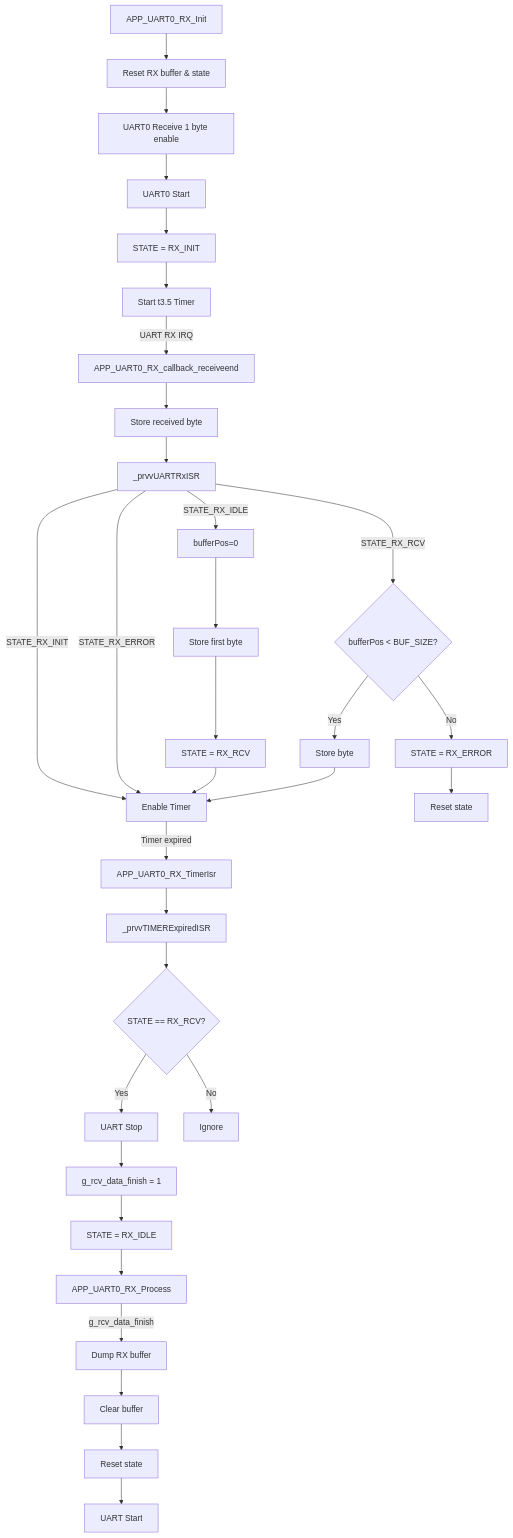
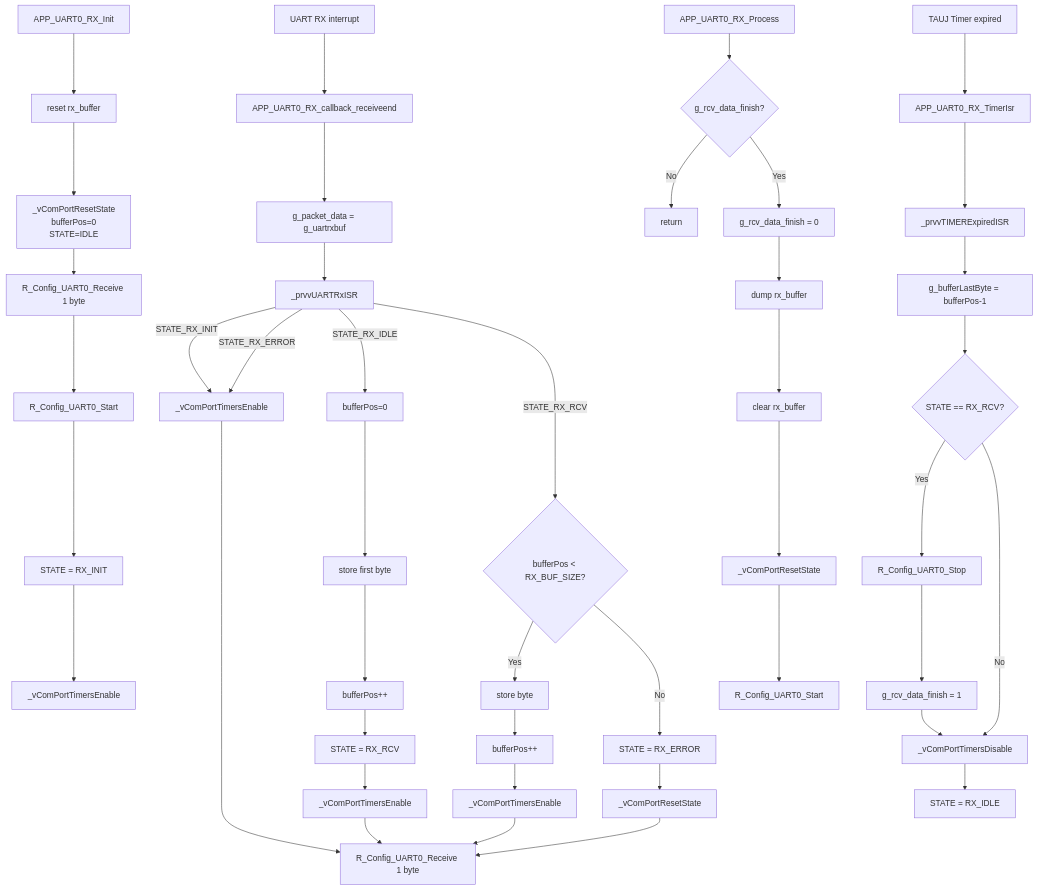
The diagram in index.md (released/slide_RH850_UART_DMA), drawn with Mermaid before and after one commit. The commit also changed 1 other file, not shown here.

````diff
--- a/index.md
+++ b/index.md
@@ -361,43 +361,74 @@
 ```mermaid
 flowchart TD
-    A[APP_UART0_RX_Init] --> B[Reset RX buffer & state]
-    B --> C[UART0 Receive 1 byte enable]
-    C --> D[UART0 Start]
-    D --> E[STATE = RX_INIT]
-    E --> F[Start t3.5 Timer]
+    %% ========================
+    %% Init
+    %% ========================
+    A[APP_UART0_RX_Init] --> A1[reset rx_buffer]
+    A1 --> A2[_vComPortResetState\nbufferPos=0\nSTATE=IDLE]
+    A2 --> A3[R_Config_UART0_Receive 1 byte]
+    A3 --> A4[R_Config_UART0_Start]
+    A4 --> A5[STATE = RX_INIT]
+    A5 --> A6[_vComPortTimersEnable]
 
-    %% UART RX interrupt
-    F -->|UART RX IRQ| G[APP_UART0_RX_callback_receiveend]
-    G --> H[Store received byte]
-    H --> I[_prvvUARTRxISR]
+    %% ========================
+    %% UART RX callback
+    %% ========================
+    B[UART RX interrupt] --> B1[APP_UART0_RX_callback_receiveend]
+    B1 --> B2[g_packet_data = g_uartrxbuf]
+    B2 --> B3[_prvvUARTRxISR]
 
-    %% State machine
-    I -->|STATE_RX_INIT| J[Enable Timer]
-    I -->|STATE_RX_ERROR| J
-    I -->|STATE_RX_IDLE| K[bufferPos=0]
-    K --> L[Store first byte]
-    L --> M[STATE = RX_RCV]
-    M --> J
+    %% ========================
+    %% RX State Machine
+    %% ========================
+    B3 -->|STATE_RX_INIT| C1[_vComPortTimersEnable]
+    B3 -->|STATE_RX_ERROR| C1
 
-    I -->|STATE_RX_RCV| N{bufferPos < BUF_SIZE?}
-    N -->|Yes| O[Store byte]
-    O --> J
-    N -->|No| P[STATE = RX_ERROR]
-    P --> Q[Reset state]
+    B3 -->|STATE_RX_IDLE| D1[bufferPos=0]
+    D1 --> D2[store first byte]
+    D2 --> D3[bufferPos++]
+    D3 --> D4[STATE = RX_RCV]
+    D4 --> D5[_vComPortTimersEnable]
 
-    %% Timer expiry (IDLE detected)
-    J -->|Timer expired| R[APP_UART0_RX_TimerIsr]
-    R --> S[_prvvTIMERExpiredISR]
-    S --> T{STATE == RX_RCV?}
-    T -->|Yes| U[UART Stop]
-    U --> V[g_rcv_data_finish = 1]
-    T -->|No| W[Ignore]
-    V --> X[STATE = RX_IDLE]
+    B3 -->|STATE_RX_RCV| E1{bufferPos < RX_BUF_SIZE?}
+    E1 -->|Yes| E2[store byte]
+    E2 --> E3[bufferPos++]
+    E3 --> E4[_vComPortTimersEnable]
 
-    %% Main loop process
-    X --> Y[APP_UART0_RX_Process]
-    Y -->|g_rcv_data_finish| Z[Dump RX buffer]
-    Z --> AA[Clear buffer]
-    AA --> AB[Reset state]
-    AB --> AC[UART Start]
+    E1 -->|No| F1[STATE = RX_ERROR]
+    F1 --> F2[_vComPortResetState]
+
+    %% ========================
+    %% RX re-arm (always)
+    %% ========================
+    C1 --> G[R_Config_UART0_Receive 1 byte]
+    D5 --> G
+    E4 --> G
+    F2 --> G
+
+    %% ========================
+    %% Timer (t3.5 idle)
+    %% ========================
+    H[TAUJ Timer expired] --> H1[APP_UART0_RX_TimerIsr]
+    H1 --> H2[_prvvTIMERExpiredISR]
+    H2 --> H3[g_bufferLastByte = bufferPos-1]
+
+    H3 --> H4{STATE == RX_RCV?}
+    H4 -->|Yes| H5[R_Config_UART0_Stop]
+    H5 --> H6[g_rcv_data_finish = 1]
+    H6 --> H7[_vComPortTimersDisable]
+    H7 --> H8[STATE = RX_IDLE]
+
+    H4 -->|No| H7
+
+    %% ========================
+    %% Main loop processing
+    %% ========================
+    I[APP_UART0_RX_Process] --> I1{g_rcv_data_finish?}
+    I1 -->|No| I_end[return]
+    I1 -->|Yes| I2[g_rcv_data_finish = 0]
+    I2 --> I3[dump rx_buffer]
+    I3 --> I4[clear rx_buffer]
+    I4 --> I5[_vComPortResetState]
+    I5 --> I6[R_Config_UART0_Start]
+
 ```
````
